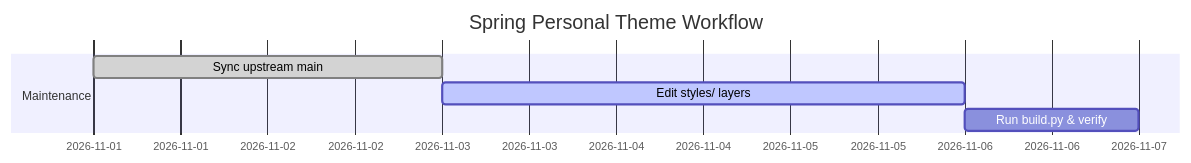
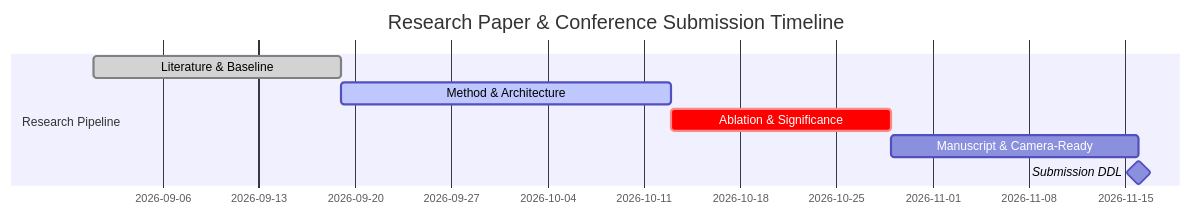
The third of 3 diagrams in DEMO.md (Fona1347/typora-spring-theme), drawn with Mermaid before and after one commit. The commit also changed other lines of this file and 4 other files, not shown here.

Commit message:
Add dedicated academic math & Mermaid research showcase previews

````diff
--- a/DEMO.md
+++ b/DEMO.md
@@ -183,9 +211,11 @@
 ```mermaid
 gantt
-    title Spring Personal Theme Workflow
+    title Research Paper & Conference Submission Timeline
     dateFormat YYYY-MM-DD
-    section Maintenance
-    Sync upstream main       :done,    s1, 2026-11-01, 2d
-    Edit styles/ layers      :active,  s2, after s1, 3d
-    Run build.py & verify    :         s3, after s2, 1d
+    section Research Pipeline
+    Literature & Baseline        :done,    s1, 2026-09-01, 18d
+    Method & Architecture        :active,  s2, after s1, 24d
+    Ablation & Significance      :crit,    s3, after s2, 16d
+    Manuscript & Camera-Ready    :         s4, after s3, 18d
+    Submission DDL               :milestone, m1, after s4, 0d
 ```
````
